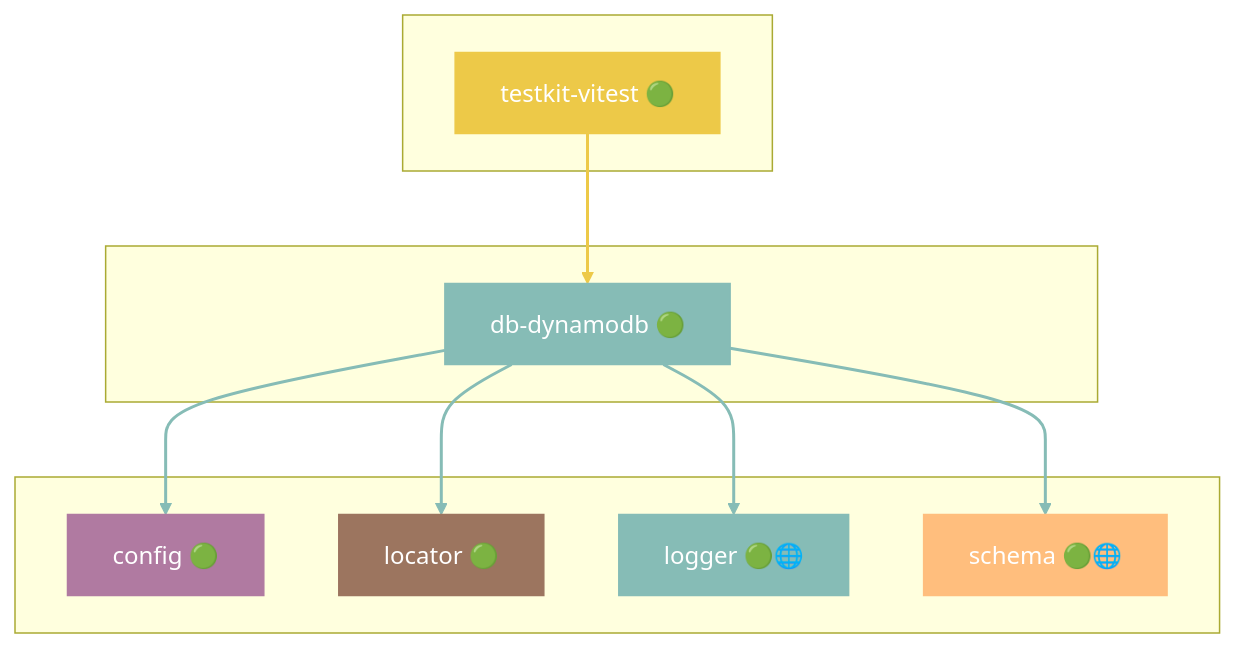
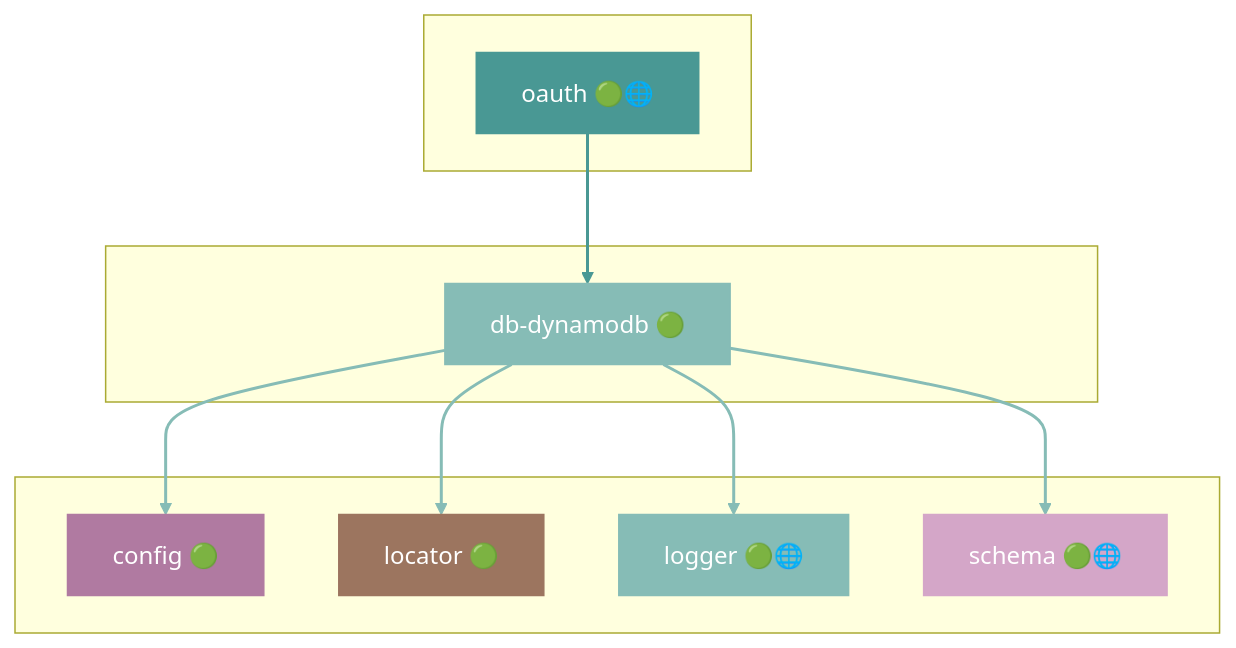
Diagram 12 of 47 in docs/DEPENDENCIES.md (grest-ts/grest-ts), drawn with Mermaid before and after one commit. The commit also changed other lines of this file and 27 other files, not shown here.

````diff
--- a/docs/DEPENDENCIES.md
+++ b/docs/DEPENDENCIES.md
@@ -801,31 +797,31 @@
 ```mermaid
 flowchart TB
     subgraph Dependents[" "]
-        testkit-vitest["testkit-vitest 🟢"]
+        oauth["oauth 🟢🌐"]
     end
     subgraph Package[" "]
         db-dynamodb["db-dynamodb 🟢"]
     end
     subgraph Dependencies[" "]
         config["config 🟢"]
         locator["locator 🟢"]
         logger["logger 🟢🌐"]
         schema["schema 🟢🌐"]
     end
-    testkit-vitest --> db-dynamodb
+    oauth --> db-dynamodb
     db-dynamodb --> config
     db-dynamodb --> locator
     db-dynamodb --> logger
     db-dynamodb --> schema
     style db-dynamodb fill:#86BCB6,stroke:#86BCB6,color:#fff
-    style testkit-vitest fill:#EDC948,stroke:#EDC948,color:#fff
+    style oauth fill:#499894,stroke:#499894,color:#fff
     style config fill:#B07AA1,stroke:#B07AA1,color:#fff
     style locator fill:#9C755F,stroke:#9C755F,color:#fff
     style logger fill:#86BCB6,stroke:#86BCB6,color:#fff
-    style schema fill:#FFBE7D,stroke:#FFBE7D,color:#fff
-    linkStyle 0 stroke:#EDC948,stroke-width:2px
+    style schema fill:#D4A6C8,stroke:#D4A6C8,color:#fff
+    linkStyle 0 stroke:#499894,stroke-width:2px
     linkStyle 1 stroke:#86BCB6,stroke-width:2px
     linkStyle 2 stroke:#86BCB6,stroke-width:2px
     linkStyle 3 stroke:#86BCB6,stroke-width:2px
     linkStyle 4 stroke:#86BCB6,stroke-width:2px
 ```
````
